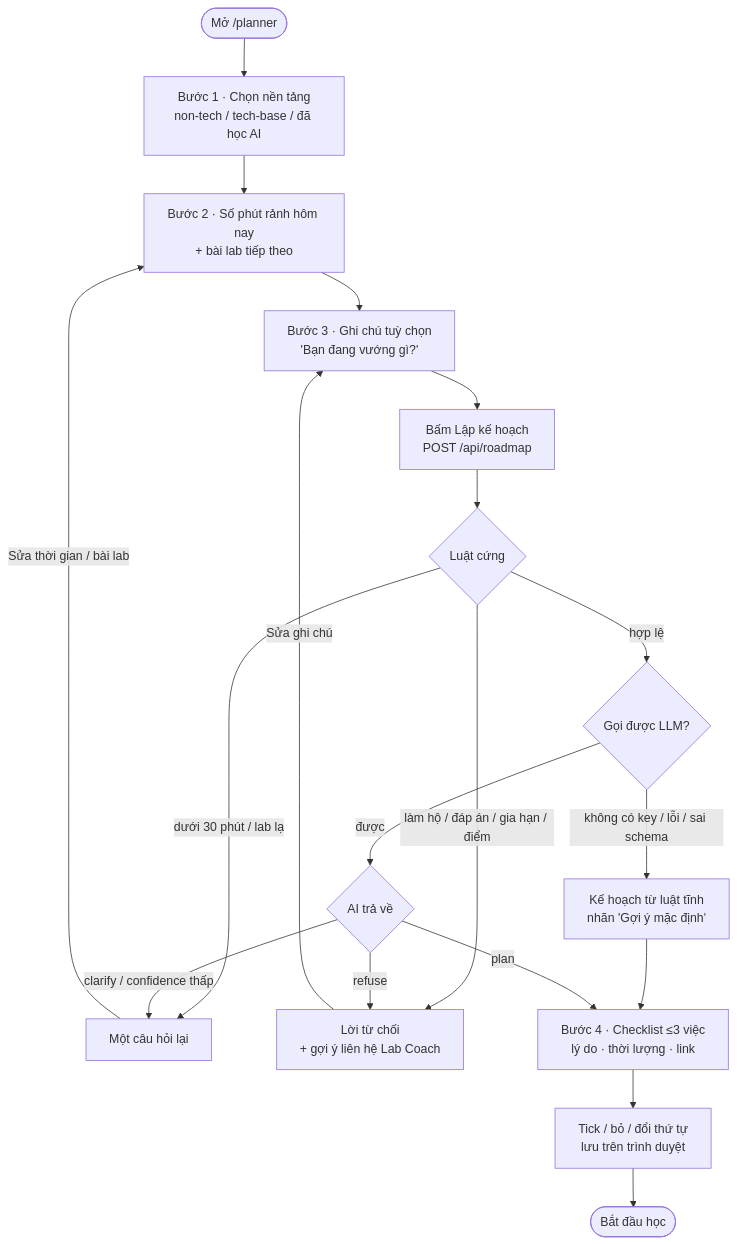
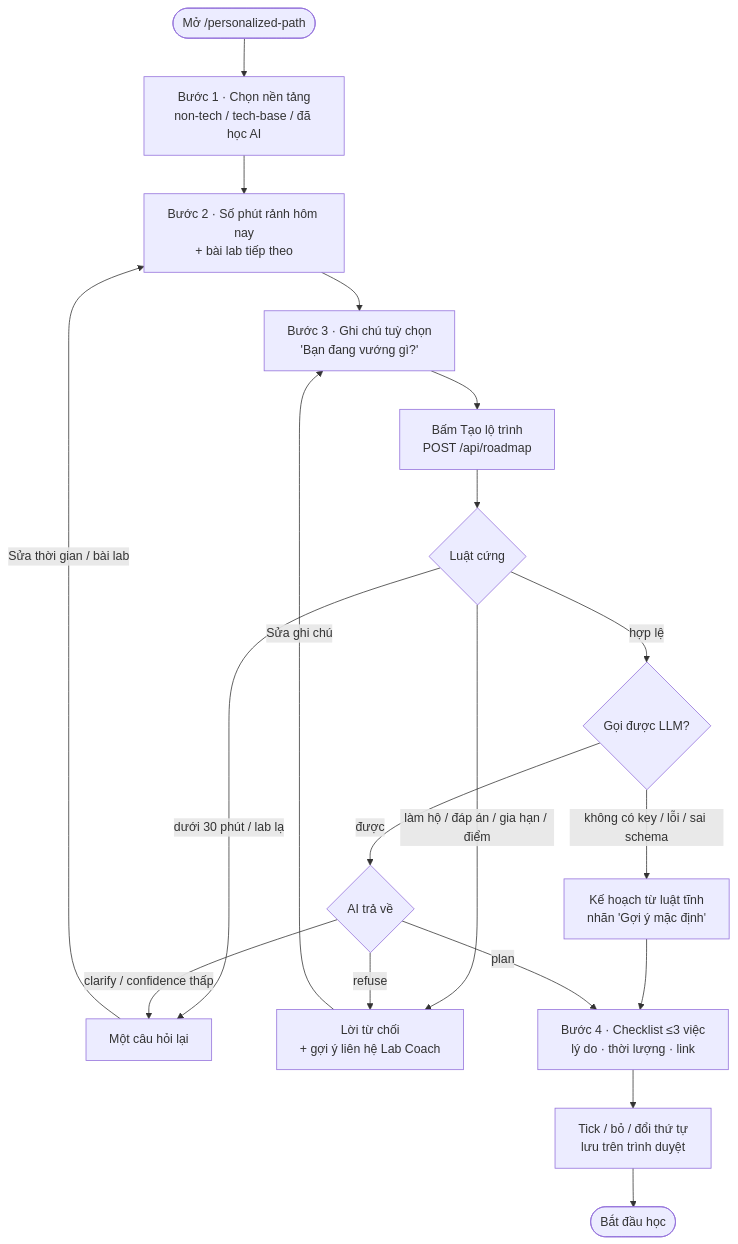
One commit to Dokhacgiakhoa/K4-3A-e403-Vinonymus changed the first of 3 diagrams in README.md. Above: the diagram before and after it, drawn with Mermaid. The commit also changed other lines of this file and 19 other files, not shown here.

First line of the commit message:
feat: rename planner page to Personalized Learning Path at /personalized-path

````diff
--- a/README.md
+++ b/README.md
@@ -88,19 +97,19 @@
 ```mermaid
 flowchart TD
-    A([Mở /planner]) --> B[Bước 1 · Chọn nền tảng<br/>non-tech / tech-base / đã học AI]
+    A([Mở /personalized-path]) --> B[Bước 1 · Chọn nền tảng<br/>non-tech / tech-base / đã học AI]
     B --> C[Bước 2 · Số phút rảnh hôm nay<br/>+ bài lab tiếp theo]
     C --> D[Bước 3 · Ghi chú tuỳ chọn<br/>'Bạn đang vướng gì?']
-    D --> F[Bấm Lập kế hoạch<br/>POST /api/roadmap]
+    D --> F[Bấm Tạo lộ trình<br/>POST /api/roadmap]
     F --> R{Luật cứng}
     R -- dưới 30 phút / lab lạ --> H
     R -- làm hộ / đáp án / gia hạn / điểm --> I
     R -- hợp lệ --> E{Gọi được LLM?}
     E -- không có key / lỗi / sai schema --> K[Kế hoạch từ luật tĩnh<br/>nhãn 'Gợi ý mặc định']
     K --> G
     E -- được --> S{AI trả về}
     S -- plan --> G[Bước 4 · Checklist ≤3 việc<br/>lý do · thời lượng · link]
     S -- clarify / confidence thấp --> H[Một câu hỏi lại] -- Sửa thời gian / bài lab --> C
     S -- refuse --> I[Lời từ chối<br/>+ gợi ý liên hệ Lab Coach] -- Sửa ghi chú --> D
     G --> J[Tick / bỏ / đổi thứ tự<br/>lưu trên trình duyệt]
     J --> Z([Bắt đầu học])
 ```
````
